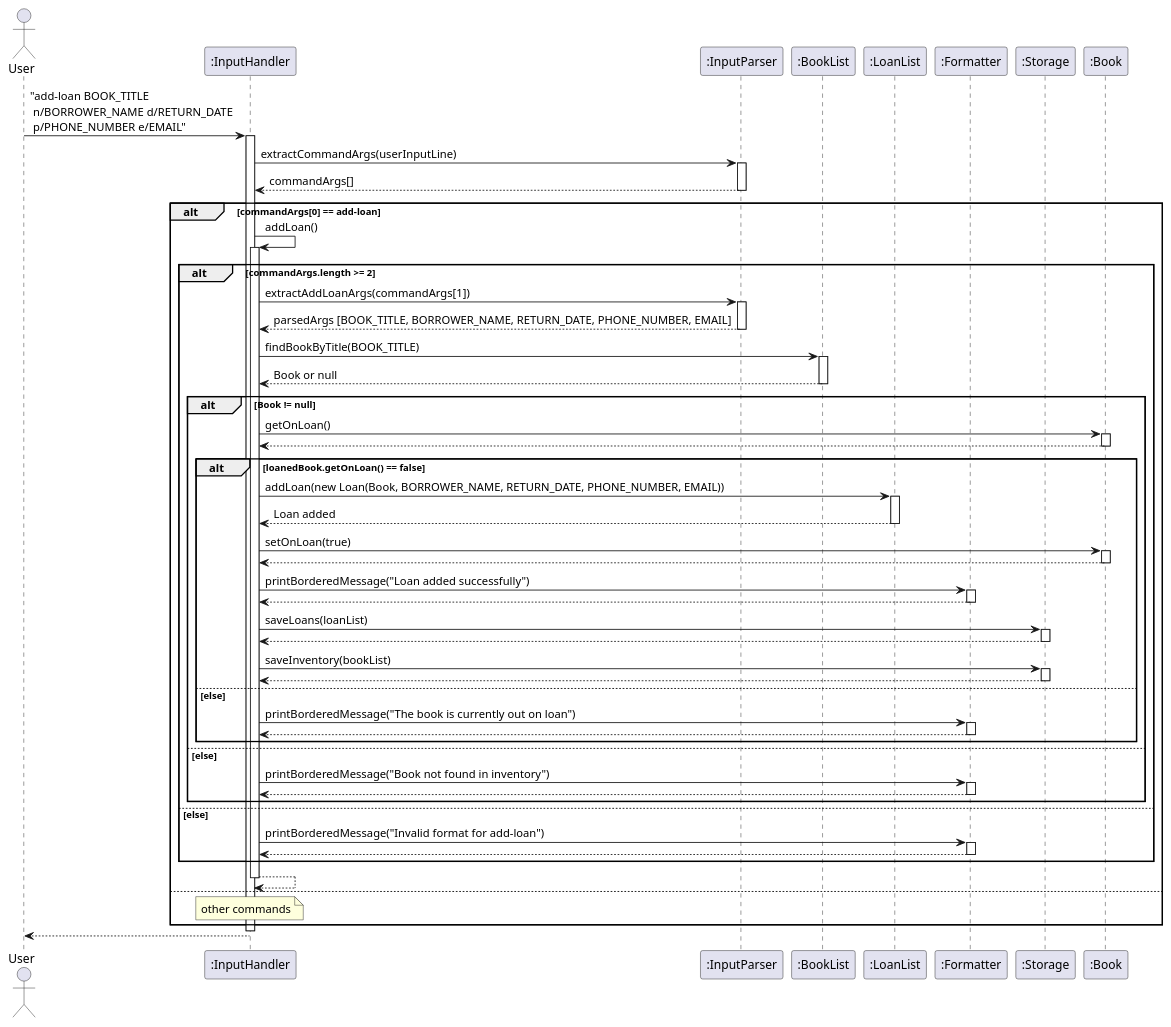
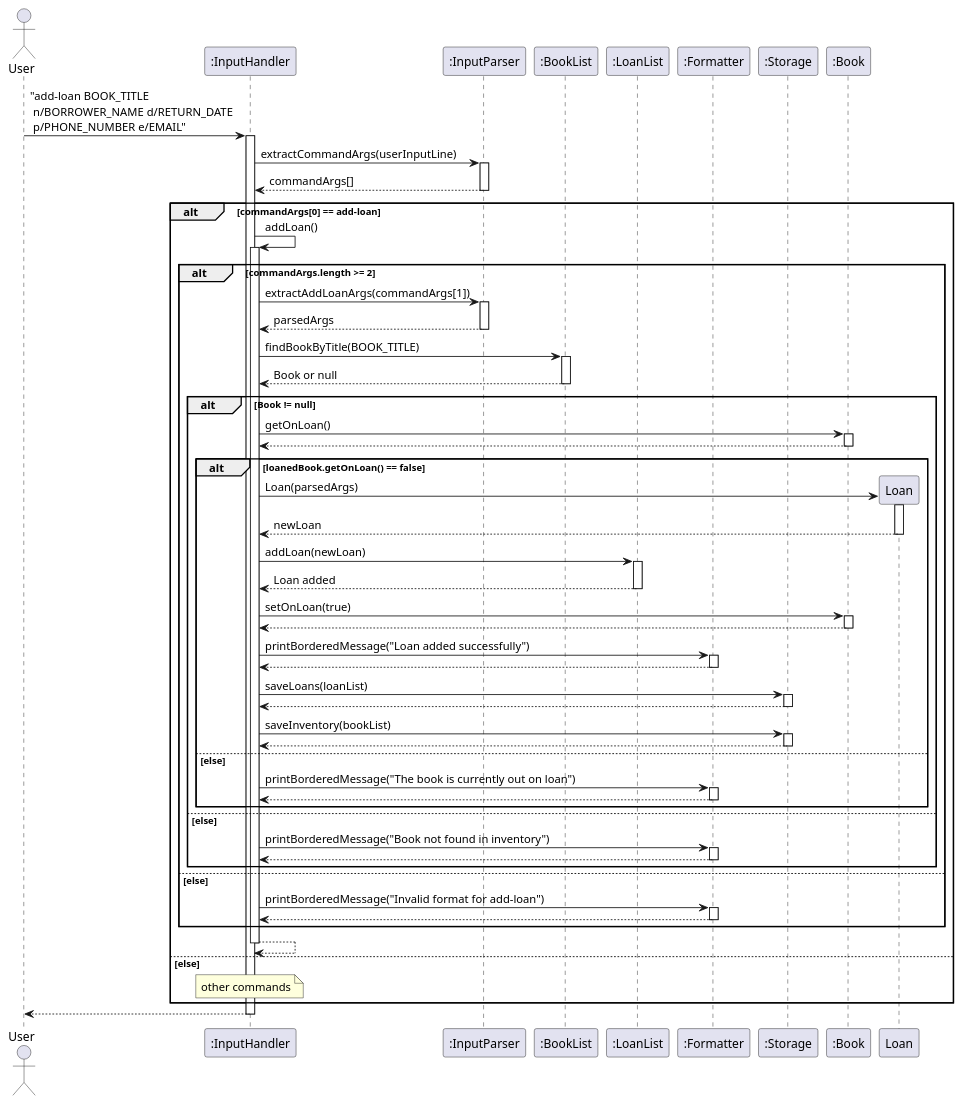
One commit to AY2425S2-CS2113-T12-2/tp changed the diagram in docs/diagrams/addLoan.puml. Above: the diagram before and after it, drawn with PlantUML. The commit also changed 1 other file, not shown here.

Commit message:
Update else block in PlantUML

```diff
--- a/docs/diagrams/addLoan.puml
+++ b/docs/diagrams/addLoan.puml
@@ -1,105 +1,112 @@
 @startuml
 actor User
 participant InputHandler as ":InputHandler"
 participant InputParser as ":InputParser"
 participant BookList as ":BookList"
 participant LoanList as ":LoanList"
 participant Formatter as ":Formatter"
 participant Storage as ":Storage"
 participant Book as ":Book"
 
 User -> InputHandler: "add-loan BOOK_TITLE \n n/BORROWER_NAME d/RETURN_DATE \n p/PHONE_NUMBER e/EMAIL"
 activate InputHandler
 
 InputHandler -> InputParser: extractCommandArgs(userInputLine)
 activate InputParser
 
 InputParser --> InputHandler: commandArgs[]
 deactivate InputParser
 
 alt commandArgs[0] == add-loan
     InputHandler -> InputHandler : addLoan()
     activate InputHandler
 
 alt commandArgs.length >= 2
     InputHandler -> InputParser: extractAddLoanArgs(commandArgs[1])
     activate InputParser
 
-    InputParser --> InputHandler: parsedArgs [BOOK_TITLE, BORROWER_NAME, RETURN_DATE, PHONE_NUMBER, EMAIL]
+    InputParser --> InputHandler: parsedArgs
     deactivate InputParser
 
     InputHandler -> BookList: findBookByTitle(BOOK_TITLE)
     activate BookList
 
     BookList --> InputHandler: Book or null
     deactivate BookList
 
     alt Book != null
         InputHandler -> Book: getOnLoan()
         activate Book
 
         Book --> InputHandler
         deactivate Book
 
         alt loanedBook.getOnLoan() == false
-            InputHandler -> LoanList: addLoan(new Loan(Book, BORROWER_NAME, RETURN_DATE, PHONE_NUMBER, EMAIL))
+            InputHandler -> Loan ** : Loan(parsedArgs)
+            activate Loan
+
+            Loan --> InputHandler : newLoan
+            deactivate Loan
+
+
+            InputHandler -> LoanList: addLoan(newLoan)
             activate LoanList
             LoanList --> InputHandler: Loan added
             deactivate LoanList
 
             InputHandler -> Book: setOnLoan(true)
             activate Book
 
             Book --> InputHandler
             deactivate Book
 
             InputHandler -> Formatter: printBorderedMessage("Loan added successfully")
             activate Formatter
 
             Formatter --> InputHandler
             deactivate Formatter
 
             InputHandler -> Storage: saveLoans(loanList)
             activate Storage
 
             Storage --> InputHandler
             deactivate Storage
 
             InputHandler -> Storage: saveInventory(bookList)
             activate Storage
 
             Storage --> InputHandler
             deactivate Storage
 
         else else
             InputHandler -> Formatter: printBorderedMessage("The book is currently out on loan")
             activate Formatter
 
             Formatter --> InputHandler
             deactivate Formatter
         end
     else else
         InputHandler -> Formatter: printBorderedMessage("Book not found in inventory")
         activate Formatter
 
         Formatter --> InputHandler
         deactivate Formatter
     end
 
     else else
         InputHandler -> Formatter: printBorderedMessage("Invalid format for add-loan")
         activate Formatter
         Formatter --> InputHandler
         deactivate Formatter
     end
 
 InputHandler --> InputHandler
 deactivate InputHandler
 
-else
+else else
     note over InputHandler : other commands
 end
 
+InputHandler --> User
 deactivate InputHandler
-InputHandler --> User
 @enduml
```
